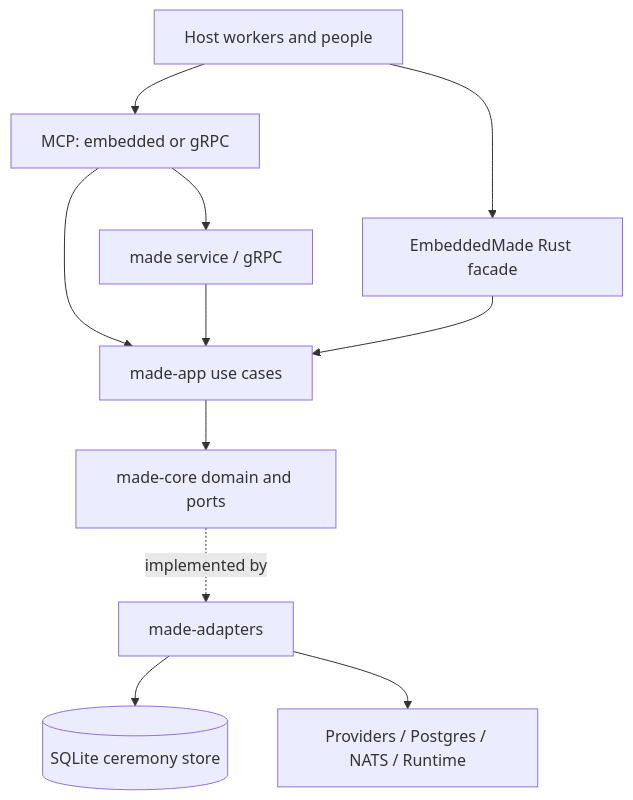
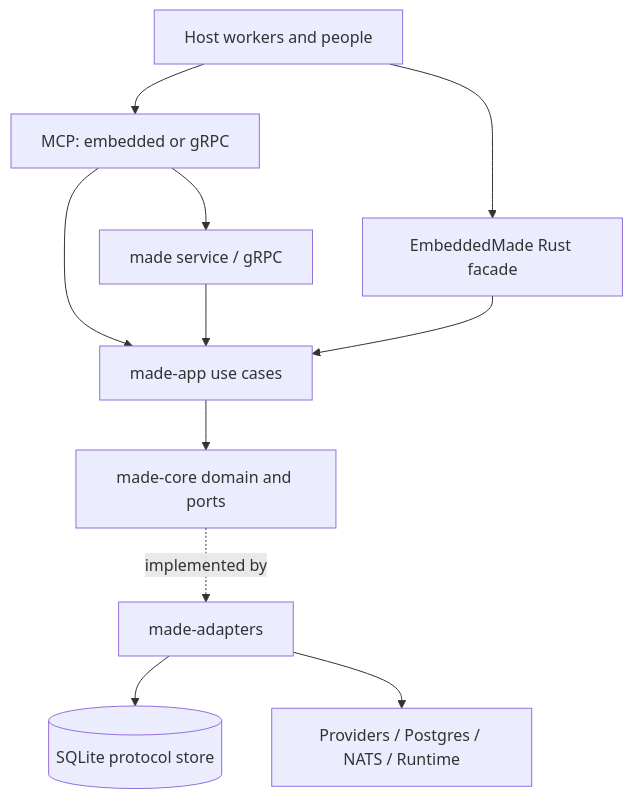
Before and after one commit to underpass-ai/made: the diagram in docs/architecture/README.md, drawn with Mermaid. The commit also changed other lines of this file and 2640 other files, not shown here.

First line of the commit message:
refactor!: rename the core concept from ceremony to protocol

````diff
--- a/docs/architecture/README.md
+++ b/docs/architecture/README.md
@@ -7,13 +7,13 @@
 ```mermaid
 flowchart TD
     Host[Host workers and people] --> MCP[MCP: embedded or gRPC]
     Host --> Embedded[EmbeddedMade Rust facade]
     MCP --> App[made-app use cases]
     MCP --> Service[made service / gRPC]
     Service --> App
     Embedded --> App
     App --> Core[made-core domain and ports]
     Core -.implemented by.-> Adapters[made-adapters]
-    Adapters --> SQLite[(SQLite ceremony store)]
+    Adapters --> SQLite[(SQLite protocol store)]
     Adapters --> External[Providers / Postgres / NATS / Runtime]
 ```
````
